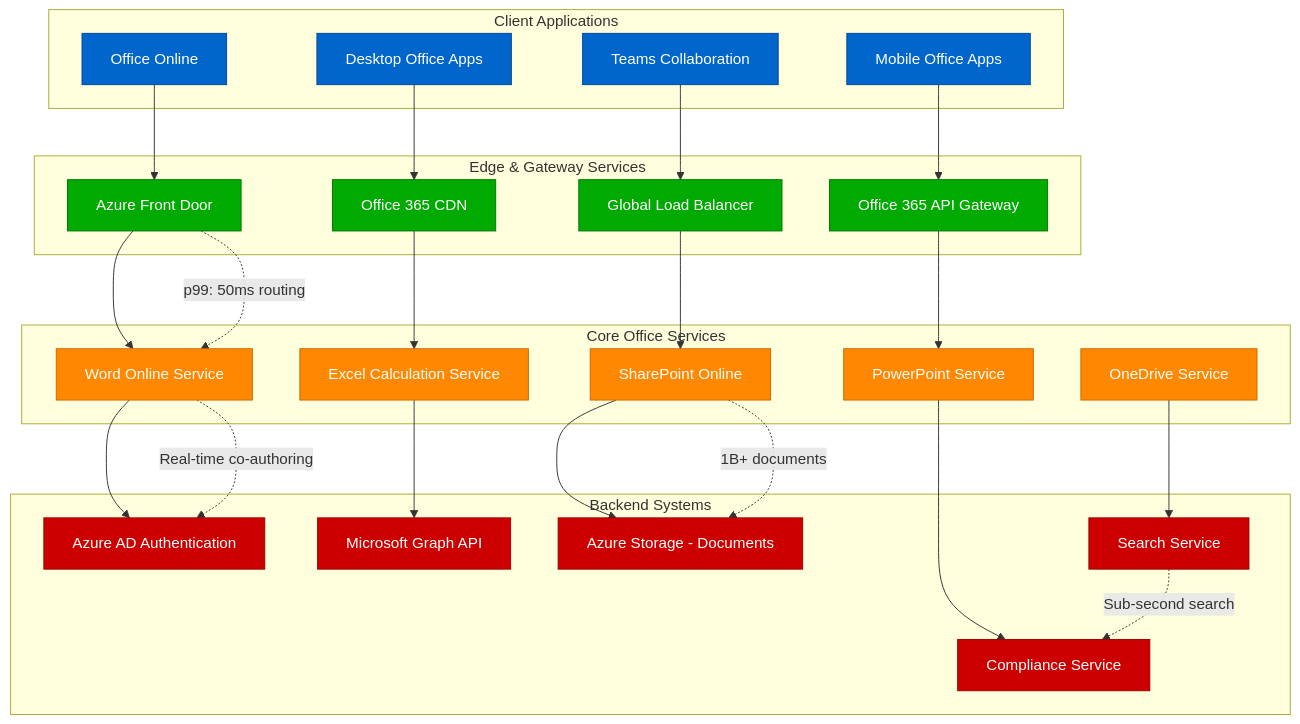
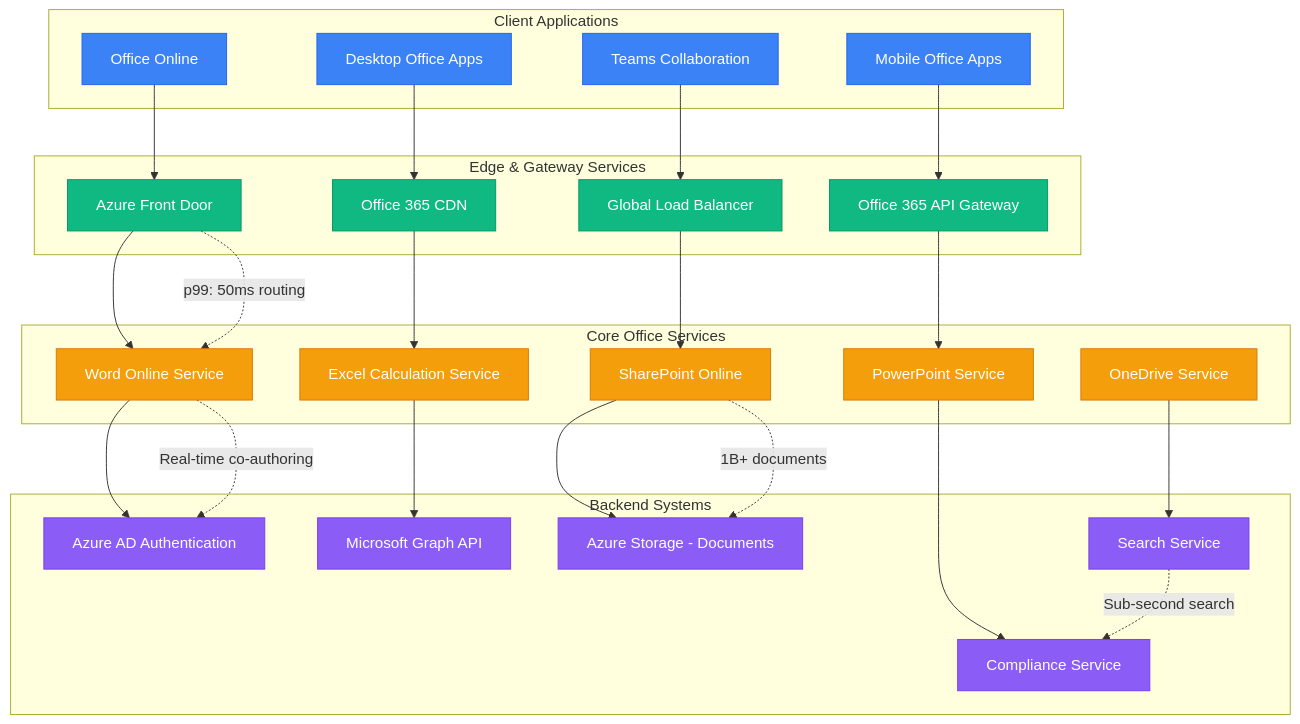
The second of 8 diagrams in site/docs/systems/microsoft/request-flow.md (deepaucksharma/DS), drawn with Mermaid before and after one commit. The commit also changed other lines of this file and 303 other files, not shown here.

````diff
--- a/site/docs/systems/microsoft/request-flow.md
+++ b/site/docs/systems/microsoft/request-flow.md
@@ -57,67 +57,67 @@
 ```mermaid
 graph TB
     subgraph ClientLayer[Client Applications]
         WEB_OFFICE[Office Online]
         DESKTOP_OFFICE[Desktop Office Apps]
         MOBILE_OFFICE[Mobile Office Apps]
         TEAMS_COLLAB[Teams Collaboration]
     end
 
     subgraph EdgeServices[Edge & Gateway Services]
         FRONT_DOOR[Azure Front Door]
         CDN_OFFICE[Office 365 CDN]
         API_GATEWAY[Office 365 API Gateway]
         LOAD_BALANCER[Global Load Balancer]
     end
 
     subgraph CoreServices[Core Office Services]
         WORD_SERVICE[Word Online Service]
         EXCEL_SERVICE[Excel Calculation Service]
         POWERPOINT_SERVICE[PowerPoint Service]
         SHAREPOINT[SharePoint Online]
         ONEDRIVE_SVC[OneDrive Service]
     end
 
     subgraph BackendSystems[Backend Systems]
         AZURE_AD_AUTH[Azure AD Authentication]
         GRAPH_API[Microsoft Graph API]
         COMPLIANCE_SVC[Compliance Service]
         AZURE_STORAGE_DOCS[Azure Storage - Documents]
         SEARCH_SVC[Search Service]
     end
 
     %% Client to edge flow
     WEB_OFFICE --> FRONT_DOOR
     DESKTOP_OFFICE --> CDN_OFFICE
     MOBILE_OFFICE --> API_GATEWAY
     TEAMS_COLLAB --> LOAD_BALANCER
 
     %% Edge to services
     FRONT_DOOR --> WORD_SERVICE
     CDN_OFFICE --> EXCEL_SERVICE
     API_GATEWAY --> POWERPOINT_SERVICE
     LOAD_BALANCER --> SHAREPOINT
 
     %% Service integration
     WORD_SERVICE --> AZURE_AD_AUTH
     EXCEL_SERVICE --> GRAPH_API
     POWERPOINT_SERVICE --> COMPLIANCE_SVC
     SHAREPOINT --> AZURE_STORAGE_DOCS
     ONEDRIVE_SVC --> SEARCH_SVC
 
     %% Performance annotations
     FRONT_DOOR -.->|"p99: 50ms routing"| WORD_SERVICE
     WORD_SERVICE -.->|"Real-time co-authoring"| AZURE_AD_AUTH
     SHAREPOINT -.->|"1B+ documents"| AZURE_STORAGE_DOCS
     SEARCH_SVC -.->|"Sub-second search"| COMPLIANCE_SVC
 
-    classDef clientStyle fill:#0066CC,stroke:#004499,color:#fff
-    classDef edgeStyle fill:#00AA00,stroke:#007700,color:#fff
-    classDef serviceStyle fill:#FF8800,stroke:#CC6600,color:#fff
-    classDef backendStyle fill:#CC0000,stroke:#990000,color:#fff
+    classDef clientStyle fill:#3B82F6,stroke:#2563EB,color:#fff
+    classDef edgeStyle fill:#10B981,stroke:#059669,color:#fff
+    classDef serviceStyle fill:#F59E0B,stroke:#D97706,color:#fff
+    classDef backendStyle fill:#8B5CF6,stroke:#7C3AED,color:#fff
 
     class WEB_OFFICE,DESKTOP_OFFICE,MOBILE_OFFICE,TEAMS_COLLAB clientStyle
     class FRONT_DOOR,CDN_OFFICE,API_GATEWAY,LOAD_BALANCER edgeStyle
     class WORD_SERVICE,EXCEL_SERVICE,POWERPOINT_SERVICE,SHAREPOINT,ONEDRIVE_SVC serviceStyle
     class AZURE_AD_AUTH,GRAPH_API,COMPLIANCE_SVC,AZURE_STORAGE_DOCS,SEARCH_SVC backendStyle
 ```
````
